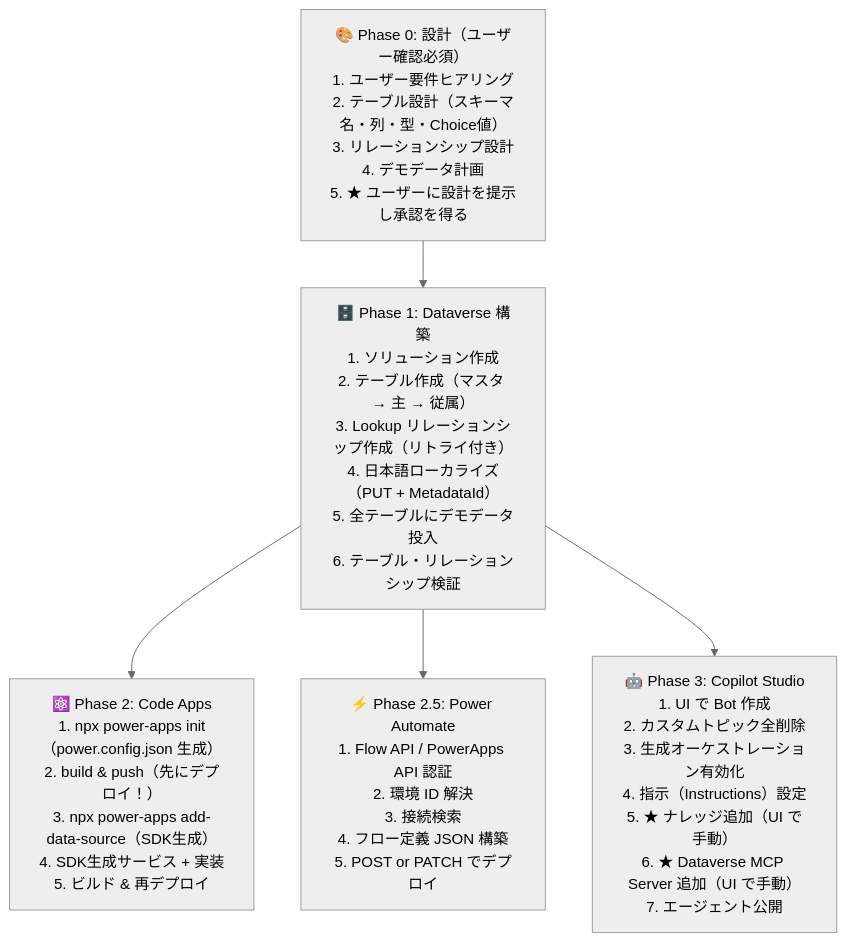
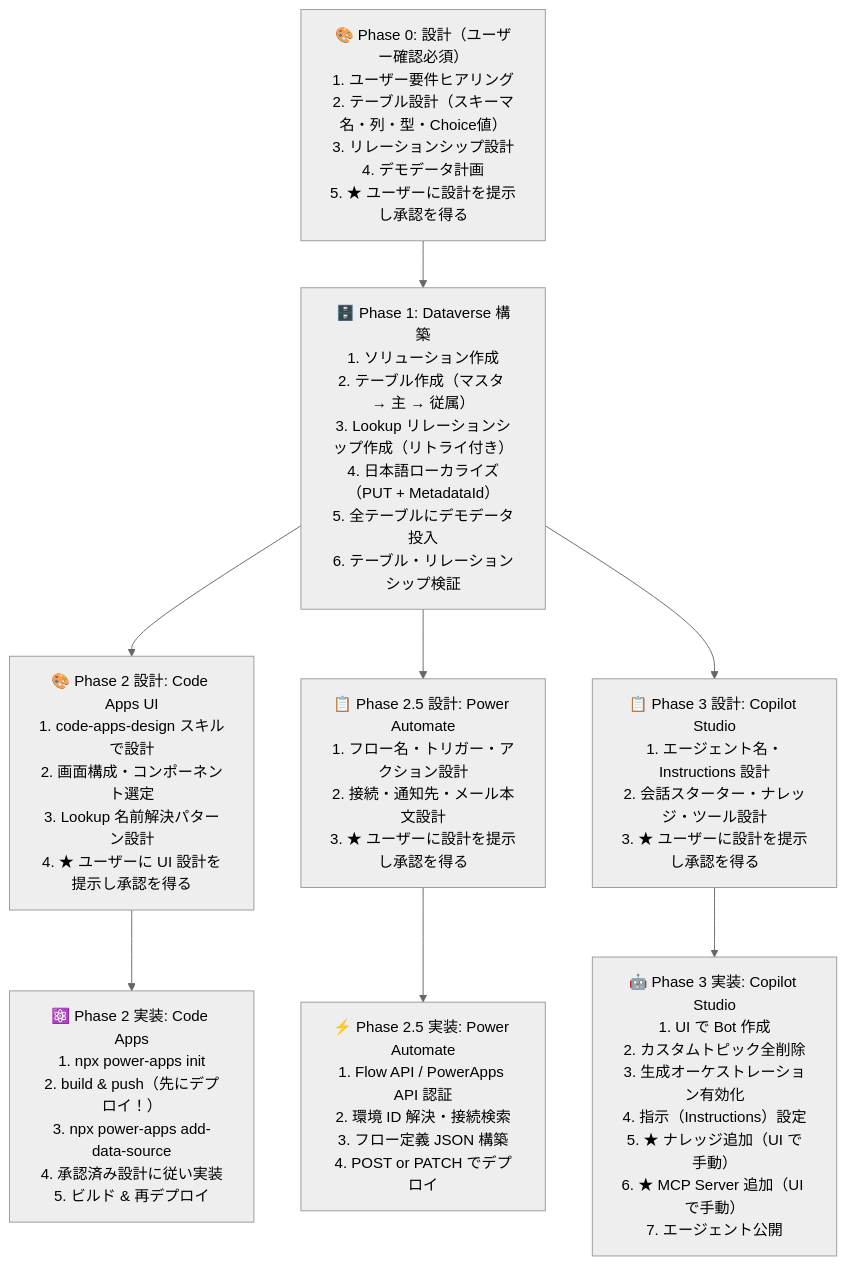
One commit to PLUG365/DecisionFlow changed the diagram in docs/POWER_PLATFORM_DEVELOPMENT_STANDARD.md. Above: the diagram before and after it, drawn with Mermaid (neutral theme). The commit also changed other lines of this file and 17 other files, not shown here.

````diff
--- a/docs/POWER_PLATFORM_DEVELOPMENT_STANDARD.md
+++ b/docs/POWER_PLATFORM_DEVELOPMENT_STANDARD.md
@@ -1168,17 +1257,23 @@
 ```mermaid
 flowchart TD
     P0["🎨 Phase 0: 設計（ユーザー確認必須）\n1. ユーザー要件ヒアリング\n2. テーブル設計（スキーマ名・列・型・Choice値）\n3. リレーションシップ設計\n4. デモデータ計画\n5. ★ ユーザーに設計を提示し承認を得る"]
 
     P1["🗄️ Phase 1: Dataverse 構築\n1. ソリューション作成\n2. テーブル作成（マスタ → 主 → 従属）\n3. Lookup リレーションシップ作成（リトライ付き）\n4. 日本語ローカライズ（PUT + MetadataId）\n5. 全テーブルにデモデータ投入\n6. テーブル・リレーションシップ検証"]
 
-    P2["⚛️ Phase 2: Code Apps\n1. npx power-apps init（power.config.json 生成）\n2. build & push（先にデプロイ！）\n3. npx power-apps add-data-source（SDK生成）\n4. SDK生成サービス + 実装\n5. ビルド & 再デプロイ"]
+    P2D["🎨 Phase 2 設計: Code Apps UI\n1. code-apps-design スキルで設計\n2. 画面構成・コンポーネント選定\n3. Lookup 名前解決パターン設計\n4. ★ ユーザーに UI 設計を提示し承認を得る"]
 
-    P25["⚡ Phase 2.5: Power Automate\n1. Flow API / PowerApps API 認証\n2. 環境 ID 解決\n3. 接続検索\n4. フロー定義 JSON 構築\n5. POST or PATCH でデプロイ"]
+    P2["⚛️ Phase 2 実装: Code Apps\n1. npx power-apps init\n2. build & push（先にデプロイ！）\n3. npx power-apps add-data-source\n4. 承認済み設計に従い実装\n5. ビルド & 再デプロイ"]
 
-    P3["🤖 Phase 3: Copilot Studio\n1. UI で Bot 作成\n2. カスタムトピック全削除\n3. 生成オーケストレーション有効化\n4. 指示（Instructions）設定\n5. ★ ナレッジ追加（UI で手動）\n6. ★ Dataverse MCP Server 追加（UI で手動）\n7. エージェント公開"]
+    P25D["📋 Phase 2.5 設計: Power Automate\n1. フロー名・トリガー・アクション設計\n2. 接続・通知先・メール本文設計\n3. ★ ユーザーに設計を提示し承認を得る"]
+
+    P25["⚡ Phase 2.5 実装: Power Automate\n1. Flow API / PowerApps API 認証\n2. 環境 ID 解決・接続検索\n3. フロー定義 JSON 構築\n4. POST or PATCH でデプロイ"]
+
+    P3D["📋 Phase 3 設計: Copilot Studio\n1. エージェント名・Instructions 設計\n2. 会話スターター・ナレッジ・ツール設計\n3. ★ ユーザーに設計を提示し承認を得る"]
+
+    P3["🤖 Phase 3 実装: Copilot Studio\n1. UI で Bot 作成\n2. カスタムトピック全削除\n3. 生成オーケストレーション有効化\n4. 指示（Instructions）設定\n5. ★ ナレッジ追加（UI で手動）\n6. ★ MCP Server 追加（UI で手動）\n7. エージェント公開"]
 
     P0 --> P1
-    P1 --> P2
-    P1 --> P25
-    P1 --> P3
+    P1 --> P2D --> P2
+    P1 --> P25D --> P25
+    P1 --> P3D --> P3
 ```
````
